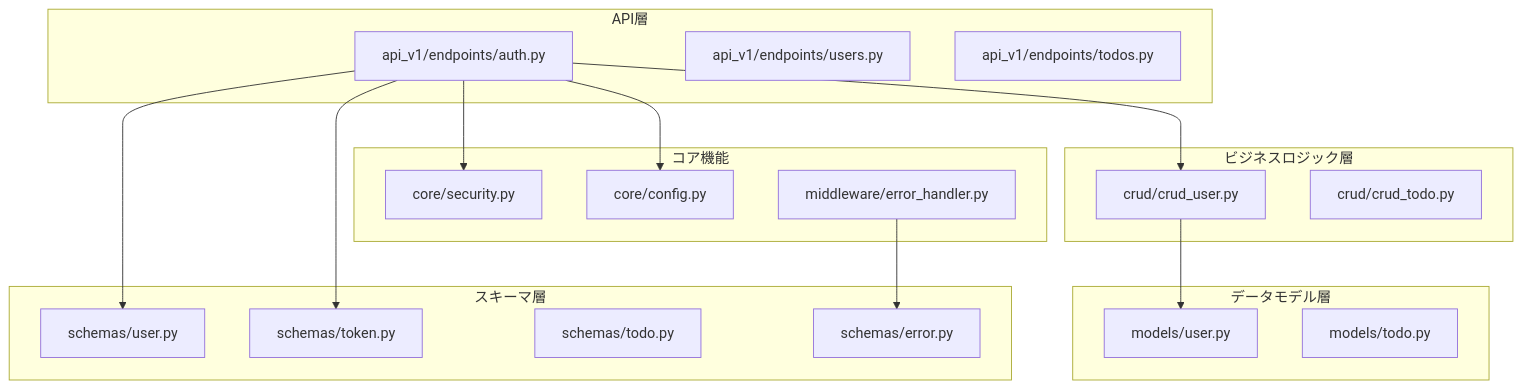
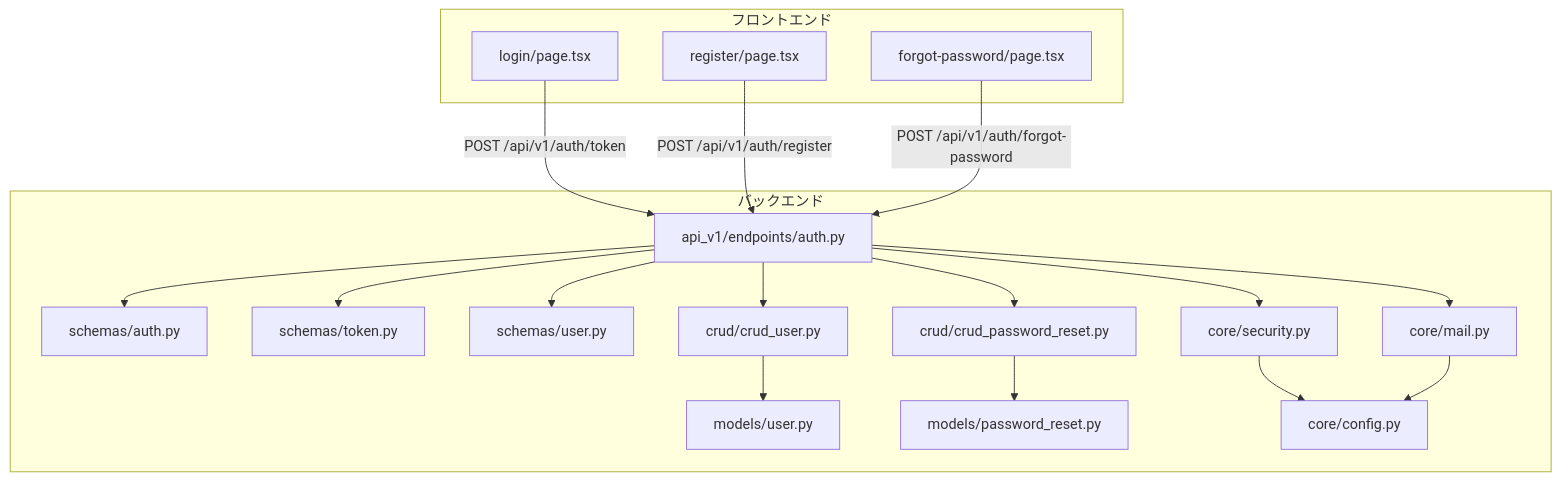
The first of 5 diagrams in .qoder/repowiki/ja/content/APIリファレンス/認証API.md (ss8806/Todos), drawn with Mermaid before and after one commit. The commit also changed other lines of this file and 106 other files, not shown here.

````diff
--- a/.qoder/repowiki/ja/content/APIリファレンス/認証API.md
+++ b/.qoder/repowiki/ja/content/APIリファレンス/認証API.md
@@ -38,34 +55,35 @@
 ```mermaid
 graph TB
-subgraph "API層"
-A[api_v1/endpoints/auth.py]
-B[api_v1/endpoints/users.py]
-C[api_v1/endpoints/todos.py]
+subgraph "フロントエンド"
+FE_Login["login/page.tsx"]
+FE_Register["register/page.tsx"]
+FE_Forgot["forgot-password/page.tsx"]
 end
-subgraph "ビジネスロジック層"
-D[crud/crud_user.py]
-E[crud/crud_todo.py]
+subgraph "バックエンド"
+API_Auth["api_v1/endpoints/auth.py"]
+Schema_Auth["schemas/auth.py"]
+Schema_Token["schemas/token.py"]
+Schema_User["schemas/user.py"]
+CRUD_User["crud/crud_user.py"]
+CRUD_Reset["crud/crud_password_reset.py"]
+Model_User["models/user.py"]
+Model_Reset["models/password_reset.py"]
+Security["core/security.py"]
+Mail["core/mail.py"]
+Config["core/config.py"]
 end
-subgraph "データモデル層"
-F[models/user.py]
-G[models/todo.py]
-end
-subgraph "スキーマ層"
-H[schemas/user.py]
-I[schemas/token.py]
-J[schemas/todo.py]
-K[schemas/error.py]
-end
-subgraph "コア機能"
-L[core/security.py]
-M[core/config.py]
-N[middleware/error_handler.py]
-end
-A --> D
-D --> F
-A --> H
-A --> I
-A --> L
-A --> M
-N --> K
+FE_Login --> |"POST /api/v1/auth/token"| API_Auth
+FE_Register --> |"POST /api/v1/auth/register"| API_Auth
+FE_Forgot --> |"POST /api/v1/auth/forgot-password"| API_Auth
+API_Auth --> CRUD_User
+API_Auth --> CRUD_Reset
+API_Auth --> Security
+API_Auth --> Mail
+API_Auth --> Schema_Auth
+API_Auth --> Schema_Token
+API_Auth --> Schema_User
+CRUD_User --> Model_User
+CRUD_Reset --> Model_Reset
+Security --> Config
+Mail --> Config
 ```
````
